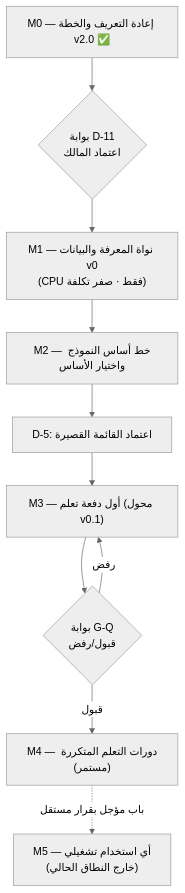
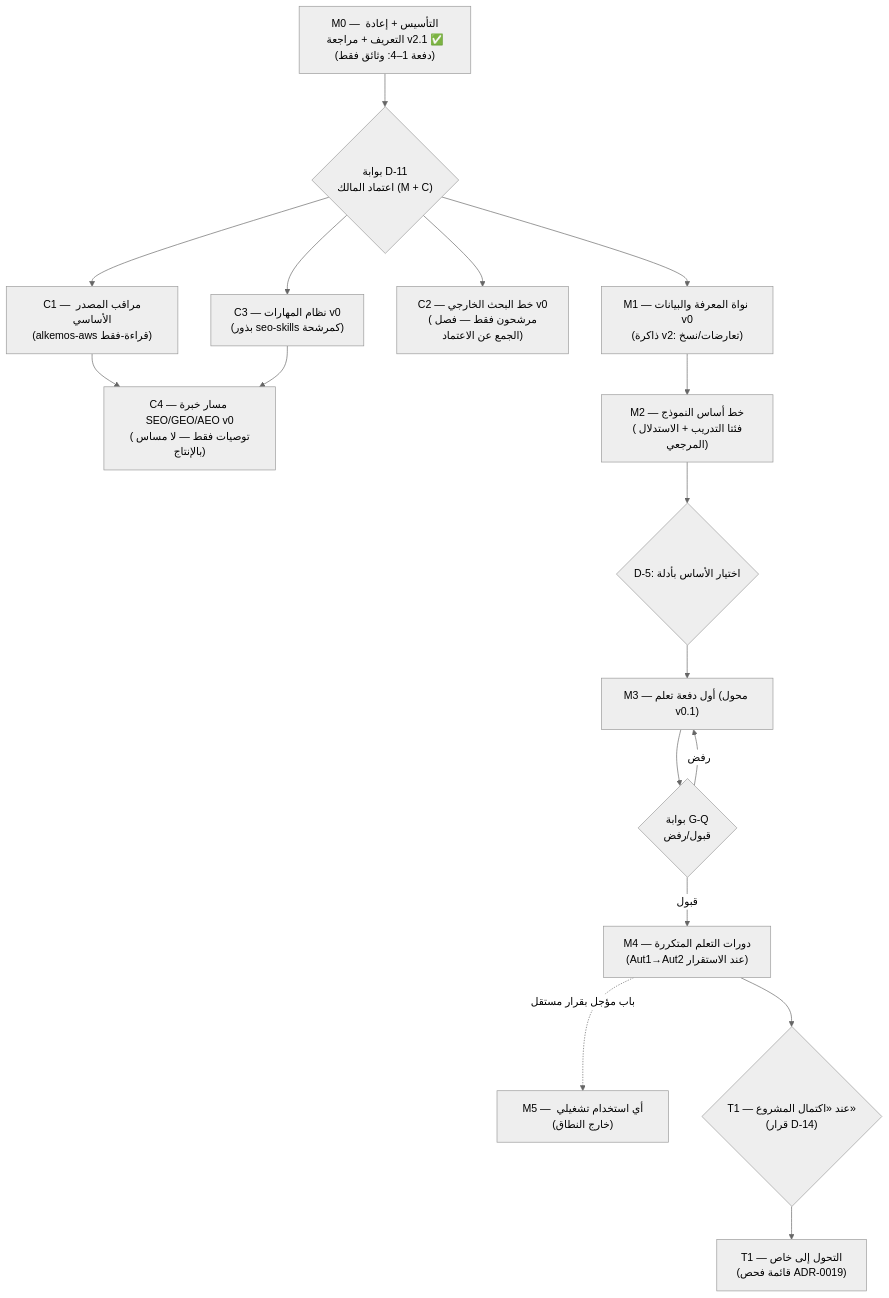
The diagram in MASTER_ROADMAP.md (muscleshubfit-cpu/AlkemosAI), drawn with Mermaid (neutral theme) before and after one commit. The commit also changed other lines of this file and 23 other files, not shown here.

First line of the commit message:
docs(v2.1): مراجعة الخطة الشاملة وفق توضيحات المالك التسع (وثائق فقط — لا تدريب ولا تشغيل ولا التزام مالي)

````diff
--- a/MASTER_ROADMAP.md
+++ b/MASTER_ROADMAP.md
@@ -10,12 +10,20 @@
 ```mermaid
 graph TD
-  M0["M0 — إعادة التعريف والخطة v2.0 ✅"] --> G11{"بوابة D-11<br/>اعتماد المالك"}
-  G11 --> M1["M1 — نواة المعرفة والبيانات v0<br/>(CPU فقط · صفر تكلفة)"]
-  M1 --> M2["M2 — خط أساس النموذج واختيار الأساس"]
-  M2 --> M5d["D-5: اعتماد القائمة القصيرة"]
-  M5d --> M3["M3 — أول دفعة تعلم (محول v0.1)"]
+  M0["M0 — التأسيس + إعادة التعريف + مراجعة v2.1 ✅<br/>(دفعة 1–4: وثائق فقط)"] --> G11{"بوابة D-11<br/>اعتماد المالك (M + C)"}
+  G11 --> M1["M1 — نواة المعرفة والبيانات v0<br/>(ذاكرة v2: تعارضات/نسخ)"]
+  G11 --> C1["C1 — مراقب المصدر الأساسي<br/>(alkemos-aws قراءة-فقط)"]
+  G11 --> C2["C2 — خط البحث الخارجي v0<br/>(مرشحون فقط — فصل الجمع عن الاعتماد)"]
+  G11 --> C3["C3 — نظام المهارات v0<br/>(بذور seo-skills كمرشحة)"]
+  C1 --> C4["C4 — مسار خبرة SEO/GEO/AEO v0<br/>(توصيات فقط — لا مساس بالإنتاج)"]
+  C3 --> C4
+  M1 --> M2["M2 — خط أساس النموذج<br/>(فئتا التدريب + الاستدلال المرجعي)"]
+  M2 --> D5{"D-5: اختيار الأساس بأدلة"}
+  D5 --> M3["M3 — أول دفعة تعلم (محول v0.1)"]
   M3 --> GQ{"بوابة G-Q<br/>قبول/رفض"}
-  GQ -->|قبول| M4["M4 — دورات التعلم المتكررة (مستمر)"]
+  GQ -->|قبول| M4["M4 — دورات التعلم المتكررة<br/>(Aut1→Aut2 عند الاستقرار)"]
   GQ -->|رفض| M3
-  M4 -.->|باب مؤجل بقرار مستقل| M5["M5 — أي استخدام تشغيلي<br/>(خارج النطاق الحالي)"]
+  M4 -.->|باب مؤجل بقرار مستقل| M5["M5 — أي استخدام تشغيلي (خارج النطاق)"]
+  M4 --> T1d{"T1 — عند «اكتمال المشروع»<br/>(قرار D-14)"}
+  T1d --> T1["T1 — التحول إلى خاص<br/>(قائمة فحص ADR-0019)"]
+
 ```
````
